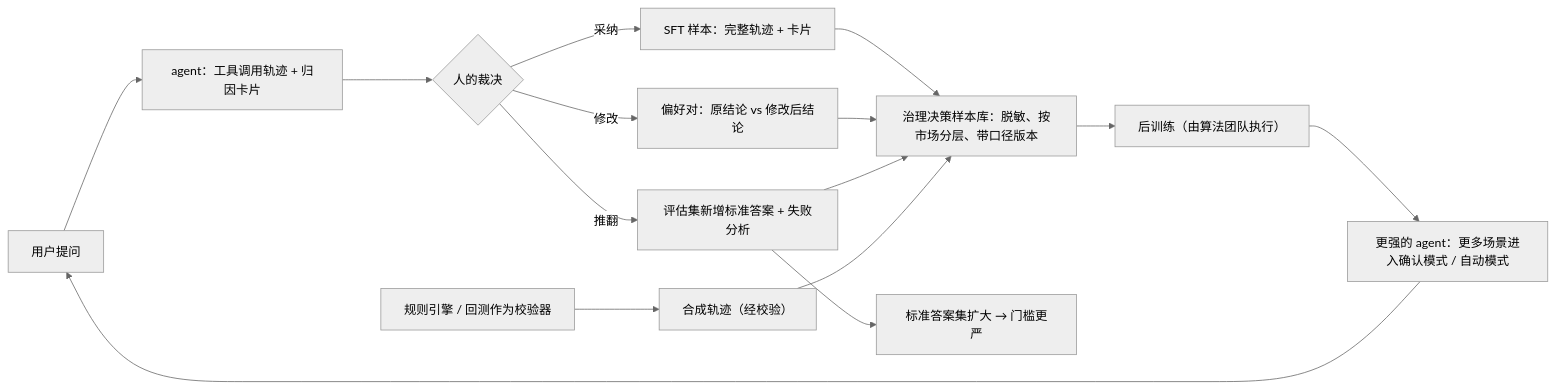
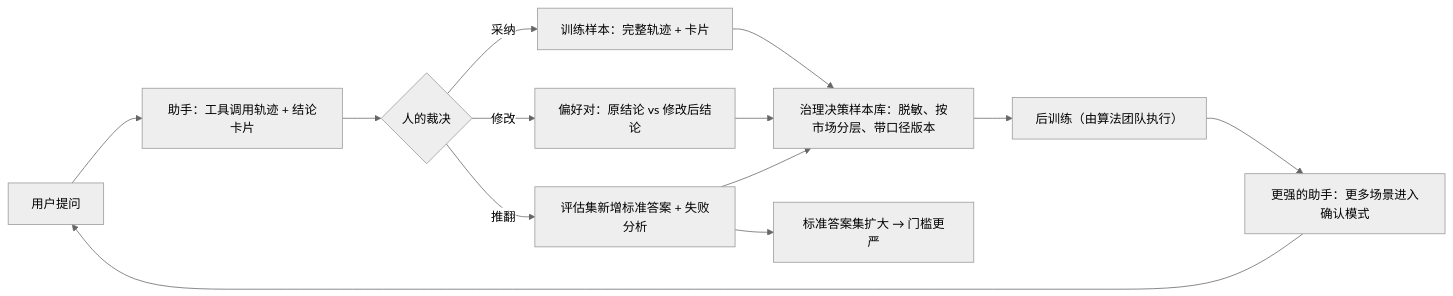
Before and after one commit to dekunsun/live-governance-agent: the diagram in docs/PRD.md, drawn with Mermaid (neutral theme). The commit also changed other lines of this file and 3 other files, not shown here.

````diff
--- a/docs/PRD.md
+++ b/docs/PRD.md
@@ -413,14 +177,13 @@
 ```mermaid
 flowchart LR
-    Q["用户提问"] --> A["agent：工具调用轨迹 + 归因卡片"]
+    Q["用户提问"] --> A["助手：工具调用轨迹 + 结论卡片"]
     A --> H{"人的裁决"}
-    H -- 采纳 --> S1["SFT 样本：完整轨迹 + 卡片"]
+    H -- 采纳 --> S1["训练样本：完整轨迹 + 卡片"]
     H -- 修改 --> S2["偏好对：原结论 vs 修改后结论"]
     H -- 推翻 --> S3["评估集新增标准答案 + 失败分析"]
-    R["规则引擎 / 回测作为校验器"] --> S4["合成轨迹（经校验）"]
-    S1 & S2 & S3 & S4 --> DS["治理决策样本库：脱敏、按市场分层、带口径版本"]
+    S1 & S2 & S3 --> DS["治理决策样本库：脱敏、按市场分层、带口径版本"]
     DS --> PT["后训练（由算法团队执行）"]
-    PT --> A2["更强的 agent：更多场景进入确认模式 / 自动模式"]
+    PT --> A2["更强的助手：更多场景进入确认模式"]
     A2 --> Q
     S3 --> EV["标准答案集扩大 → 门槛更严"]
 ```
````
